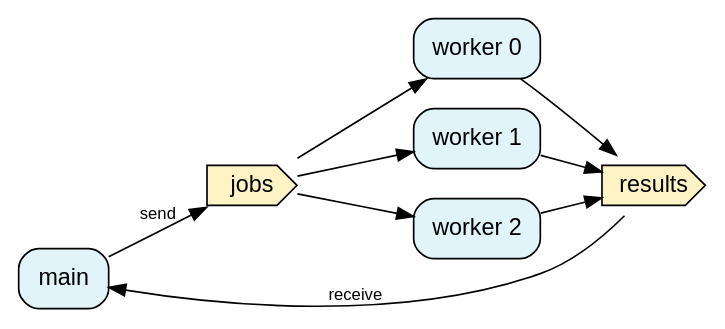
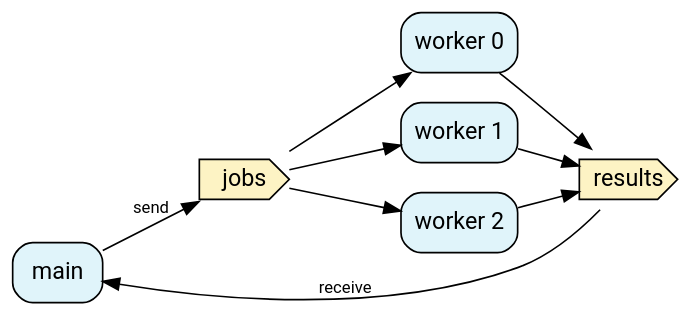
One commit to some-programs/present changed the diagram in examples/diagrams/pipeline.dot. Above: the diagram before and after it, drawn with Graphviz. The commit also changed 7 other files, not shown here.

Commit message:
use roboto font in diagrams as well

```diff
--- a/examples/diagrams/pipeline.dot
+++ b/examples/diagrams/pipeline.dot
@@ -1,17 +1,19 @@
 digraph pipeline {
 	rankdir=LR;
-	node [shape=box, style="rounded,filled", fillcolor="#e0f4fa", fontname="sans-serif"];
-	edge [fontname="sans-serif", fontsize=10];
+	bgcolor=transparent;
+	fontname="Roboto,sans-serif";
+	node [shape=box, style="rounded,filled", fillcolor="#e0f4fa", fontname="Roboto,sans-serif"];
+	edge [fontname="Roboto,sans-serif", fontsize=10];
 
 	main [label="main"];
 	jobs [label="jobs", shape=cds, fillcolor="#fdf3c4"];
 	w0 [label="worker 0"];
 	w1 [label="worker 1"];
 	w2 [label="worker 2"];
 	results [label="results", shape=cds, fillcolor="#fdf3c4"];
 
 	main -> jobs [label="send"];
 	jobs -> {w0 w1 w2};
 	{w0 w1 w2} -> results;
 	results -> main [label="receive"];
 }
```
